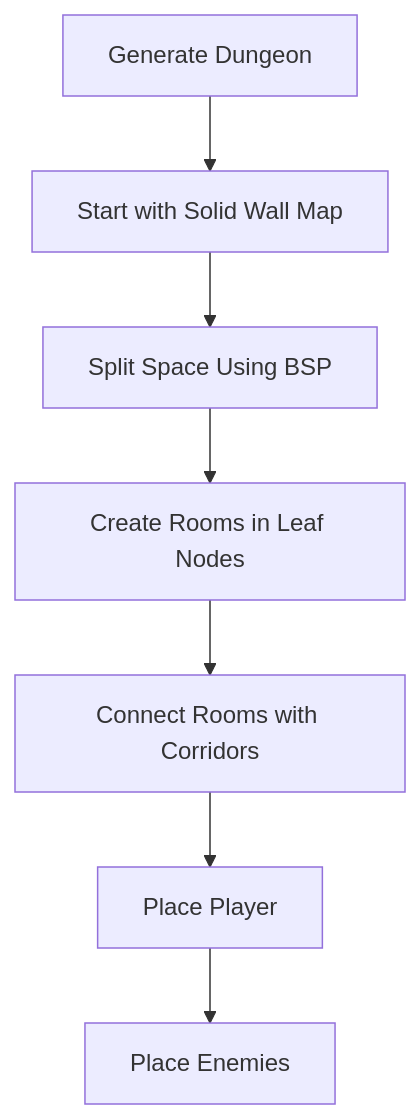
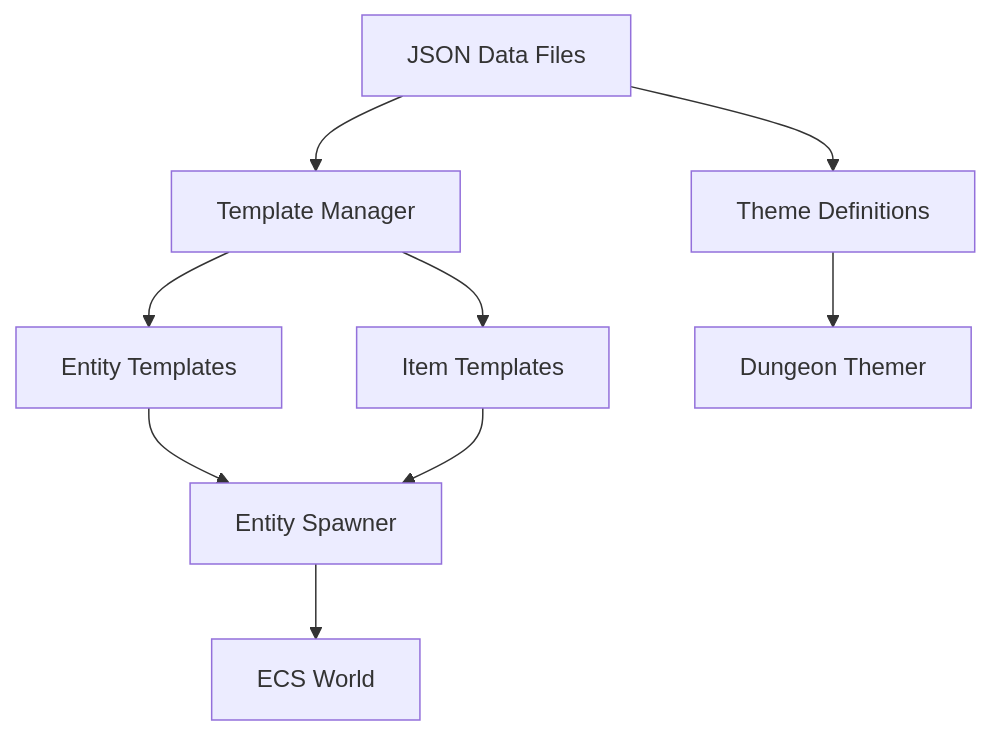
Before and after one commit to denialofself/Gearworld: the fifth of 6 diagrams in README.md, drawn with Mermaid. The commit also changed other lines of this file and 16 other files, not shown here.

````diff
--- a/README.md
+++ b/README.md
@@ -152,9 +235,14 @@
 ```mermaid
-flowchart TD
-    A[Generate Dungeon] --> B[Start with Solid Wall Map]
-    B --> C[Split Space Using BSP]
-    C --> D[Create Rooms in Leaf Nodes]
-    D --> E[Connect Rooms with Corridors]
-    E --> F[Place Player]
-    F --> G[Place Enemies]
+graph TD
+    DataFiles[JSON Data Files] --> TemplateManager[Template Manager]
+    TemplateManager --> EntityTemplates[Entity Templates]
+    TemplateManager --> ItemTemplates[Item Templates]
+    
+    EntityTemplates --> EntitySpawner[Entity Spawner]
+    ItemTemplates --> EntitySpawner
+    
+    DataFiles --> ThemeManager[Theme Definitions]
+    ThemeManager --> DungeonThemer[Dungeon Themer]
+    
+    EntitySpawner --> World[ECS World]
 ```
````
